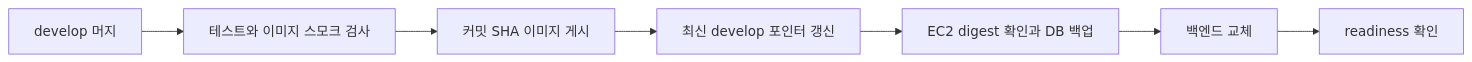
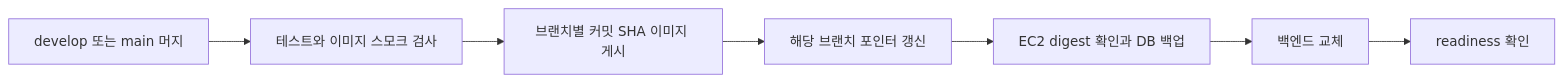
One commit to greedy-team/SEBU-brain changed the diagram in SEBU/05 운영/SEBU 배포와 모니터링.md. Above: the diagram before and after it, drawn with Mermaid. The commit also changed other lines of this file and 33 other files, not shown here.

````diff
--- a/SEBU/05 운영/SEBU 배포와 모니터링.md
+++ b/SEBU/05 운영/SEBU 배포와 모니터링.md
@@ -25,9 +28,9 @@
 ```mermaid
 flowchart LR
-    A[develop 머지] --> B[테스트와 이미지 스모크 검사]
-    B --> C[커밋 SHA 이미지 게시]
-    C --> D[최신 develop 포인터 갱신]
+    A[develop 또는 main 머지] --> B[테스트와 이미지 스모크 검사]
+    B --> C[브랜치별 커밋 SHA 이미지 게시]
+    C --> D[해당 브랜치 포인터 갱신]
     D --> E[EC2 digest 확인과 DB 백업]
     E --> F[백엔드 교체]
     F --> G[readiness 확인]
 ```
````
